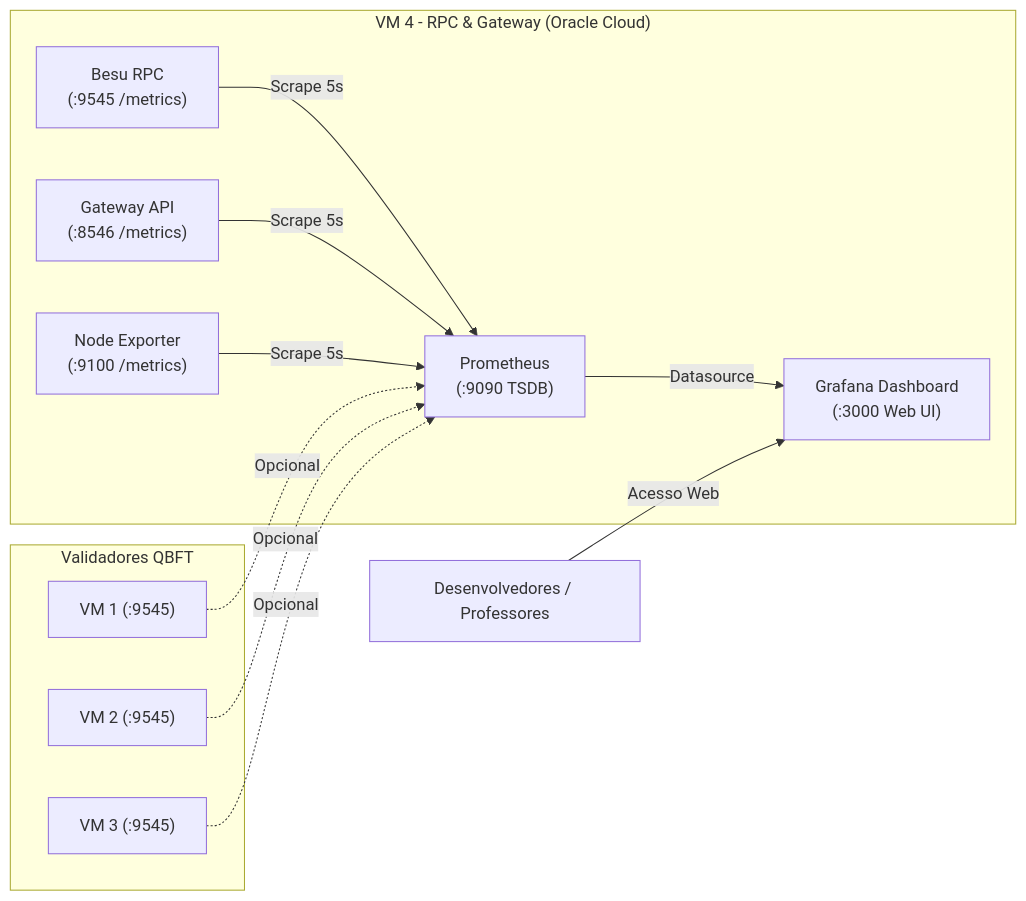
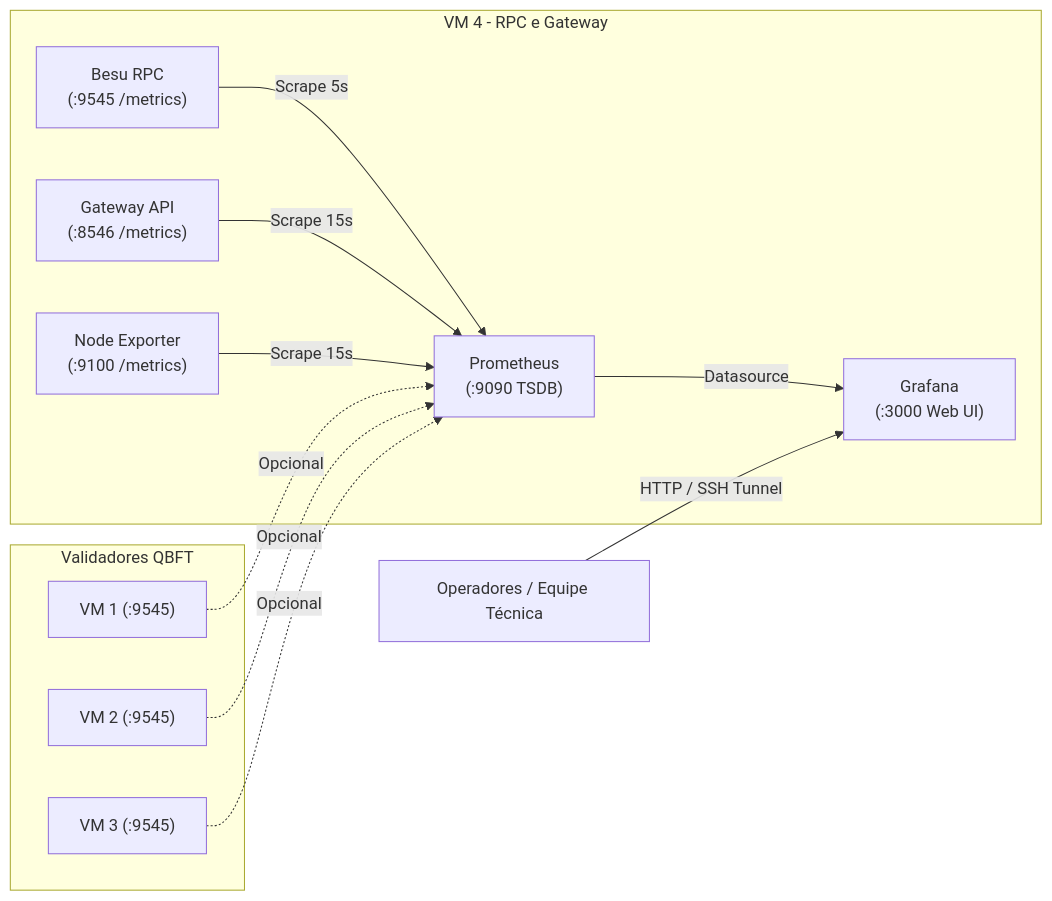
One commit to wydencoin/infra changed the diagram in monitoring/README.md. Above: the diagram before and after it, drawn with Mermaid. The commit also changed other lines of this file and 11 other files, not shown here.

````diff
--- a/monitoring/README.md
+++ b/monitoring/README.md
@@ -9,25 +9,25 @@
 ```mermaid
 graph LR
-    subgraph VM4["VM 4 - RPC & Gateway (Oracle Cloud)"]
+    subgraph VM4["VM 4 - RPC e Gateway"]
         Besu["Besu RPC<br/>(:9545 /metrics)"]
         GW["Gateway API<br/>(:8546 /metrics)"]
         NodeExp["Node Exporter<br/>(:9100 /metrics)"]
         Prom["Prometheus<br/>(:9090 TSDB)"]
-        Graf["Grafana Dashboard<br/>(:3000 Web UI)"]
+        Graf["Grafana<br/>(:3000 Web UI)"]
     end
 
     subgraph Validadores["Validadores QBFT"]
         V1["VM 1 (:9545)"]
         V2["VM 2 (:9545)"]
         V3["VM 3 (:9545)"]
     end
 
     Besu -->|Scrape 5s| Prom
-    GW -->|Scrape 5s| Prom
-    NodeExp -->|Scrape 5s| Prom
+    GW -->|Scrape 15s| Prom
+    NodeExp -->|Scrape 15s| Prom
     V1 -.->|Opcional| Prom
     V2 -.->|Opcional| Prom
     V3 -.->|Opcional| Prom
     Prom -->|Datasource| Graf
-    User["Desenvolvedores / Professores"] -->|Acesso Web| Graf
+    Op["Operadores / Equipe Técnica"] -->|HTTP / SSH Tunnel| Graf
 ```
````
